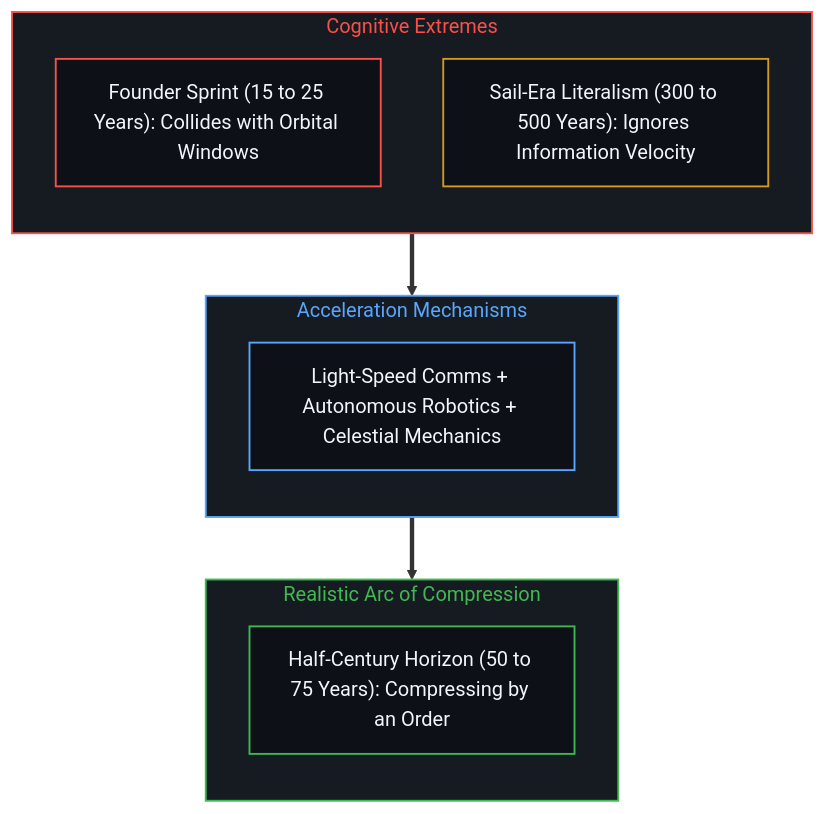
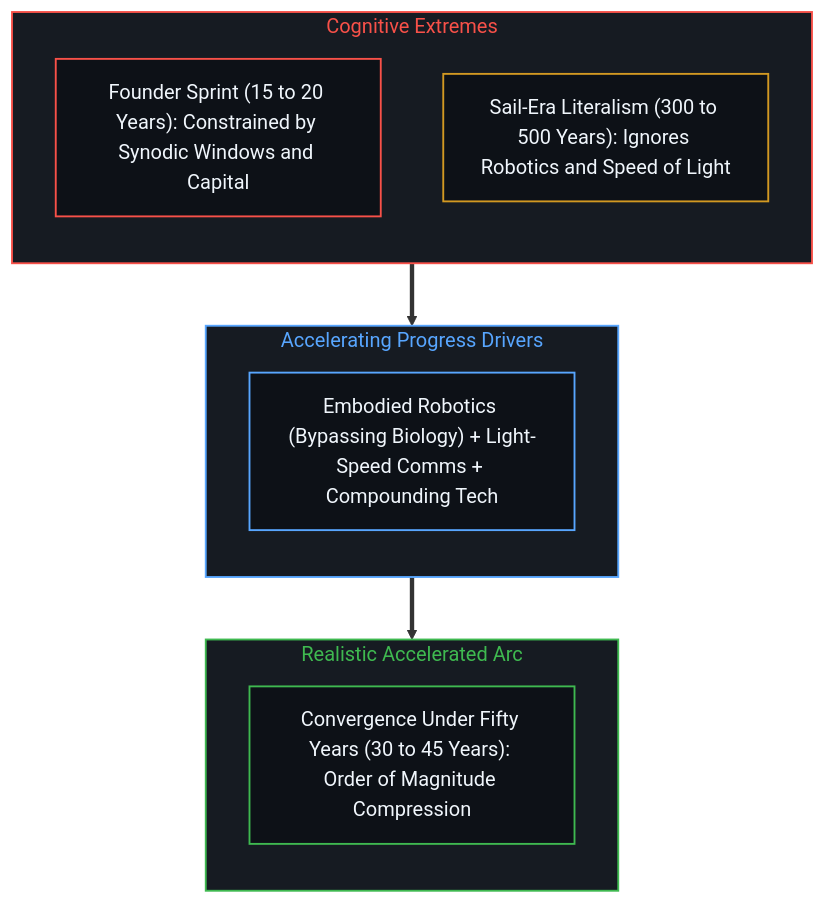
One commit to powerpig99/not-a-toe changed the tenth of 14 diagrams in content/posts/beyond-the-hundred-trillion-horizon.md. Above: the diagram before and after it, drawn with Mermaid. The commit also changed other lines of this file and 4 other files, not shown here.

Commit message:
Refine Post #381: Calibrate 1000x denominator floor, 22x valuation multiplier, and under-50-year horizon

````diff
--- a/content/posts/beyond-the-hundred-trillion-horizon.md
+++ b/content/posts/beyond-the-hundred-trillion-horizon.md
@@ -389,31 +399,31 @@
 ```mermaid
 flowchart TD
     classDef default fill:#0d1117,stroke:#30363d,stroke-width:1px,color:#f0f6fc;
     classDef mind fill:#0d1117,stroke:#3fb950,stroke-width:1.5px,color:#f0f6fc;
     classDef warn fill:#0d1117,stroke:#d29922,stroke-width:1.5px,color:#f0f6fc;
     classDef fail fill:#0d1117,stroke:#f85149,stroke-width:1.5px,color:#f0f6fc;
     classDef model fill:#0d1117,stroke:#58a6ff,stroke-width:1.5px,color:#f0f6fc;
 
     subgraph S_EXTREMES_EN ["Cognitive Extremes"]
         direction TB
-        SPRINT["Founder Sprint (15 to 25 Years): Collides with Orbital Windows"]:::fail
-        SAIL["Sail-Era Literalism (300 to 500 Years): Ignores Information Velocity"]:::warn
+        SPRINT["Founder Sprint (15 to 20 Years): Constrained by Synodic Windows and Capital"]:::fail
+        SAIL["Sail-Era Literalism (300 to 500 Years): Ignores Robotics and Speed of Light"]:::warn
     end
 
-    subgraph S_DRIVERS_EN ["Acceleration Mechanisms"]
+    subgraph S_DRIVERS_EN ["Accelerating Progress Drivers"]
         direction TB
-        ACCEL["Light-Speed Comms + Autonomous Robotics + Celestial Mechanics"]:::model
+        ACCEL["Embodied Robotics (Bypassing Biology) + Light-Speed Comms + Compounding Tech"]:::model
     end
 
-    subgraph S_REALITY_EN ["Realistic Arc of Compression"]
+    subgraph S_REALITY_EN ["Realistic Accelerated Arc"]
         direction TB
-        WINDOW["Half-Century Horizon (50 to 75 Years): Compressing by an Order"]:::mind
+        WINDOW["Convergence Under Fifty Years (30 to 45 Years): Order of Magnitude Compression"]:::mind
     end
 
     S_EXTREMES_EN ==> S_DRIVERS_EN
     S_DRIVERS_EN ==> S_REALITY_EN
 
     style S_EXTREMES_EN fill:#161b22,stroke:#f85149,stroke-width:1.5px,color:#f85149
     style S_DRIVERS_EN fill:#161b22,stroke:#58a6ff,stroke-width:1.5px,color:#58a6ff
     style S_REALITY_EN fill:#161b22,stroke:#3fb950,stroke-width:1.5px,color:#3fb950
 ```
````
